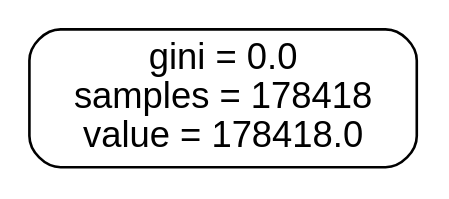
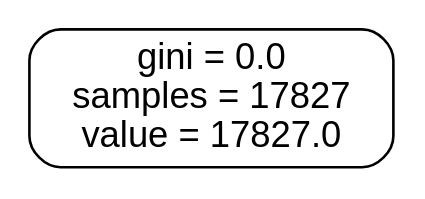
The diagram in Oracles/Oracle_0.5_30.dot (Steffanic/ML-Jet-BG-Subtraction), drawn with Graphviz before and after one commit. The commit also changed 222 other files, not shown here.

```diff
--- a/Oracles/Oracle_0.5_30.dot
+++ b/Oracles/Oracle_0.5_30.dot
@@ -1,5 +1,5 @@
 digraph Tree {
 node [shape=box, style="filled, rounded", color="black", fontname=helvetica] ;
 edge [fontname=helvetica] ;
-0 [label="gini = 0.0\nsamples = 178418\nvalue = 178418.0", fillcolor="#ffffff"] ;
+0 [label="gini = 0.0\nsamples = 17827\nvalue = 17827.0", fillcolor="#ffffff"] ;
 }
```
